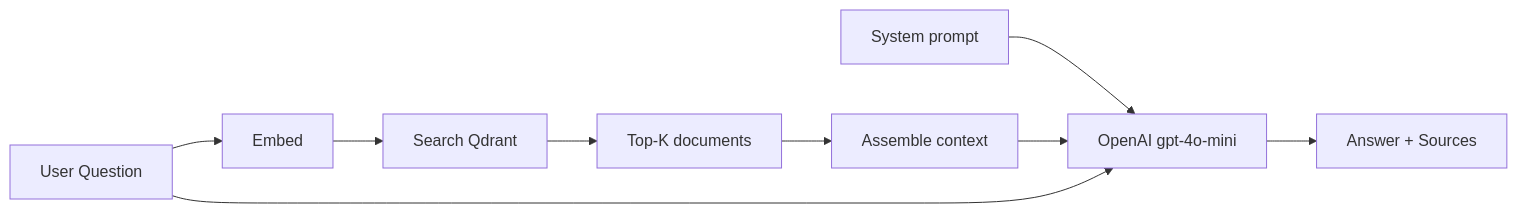
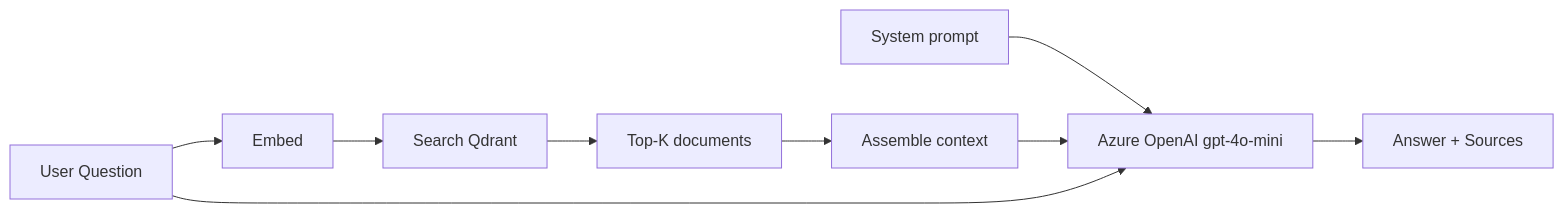
Before and after one commit to PeterMilovcik/Qdrant.Demo: the third of 5 diagrams in materials/slides/slides.md, drawn with Mermaid. The commit also changed other lines of this file and 25 other files, not shown here.

First line of the commit message:
feat: Update workshop to use Azure OpenAI instead of OpenAI

````diff
--- a/materials/slides/slides.md
+++ b/materials/slides/slides.md
@@ -1007,11 +1009,11 @@
 ```mermaid {scale: 0.6}
 flowchart LR
     Q["User Question"] --> E["Embed"]
     E --> S["Search Qdrant"]
     S --> D["Top-K documents"]
     D --> CTX["Assemble context"]
-    SP["System prompt"] --> LLM["OpenAI gpt-4o-mini"]
+    SP["System prompt"] --> LLM["Azure OpenAI gpt-4o-mini"]
     CTX --> LLM
     Q --> LLM
     LLM --> A["Answer + Sources"]
 ```
````
